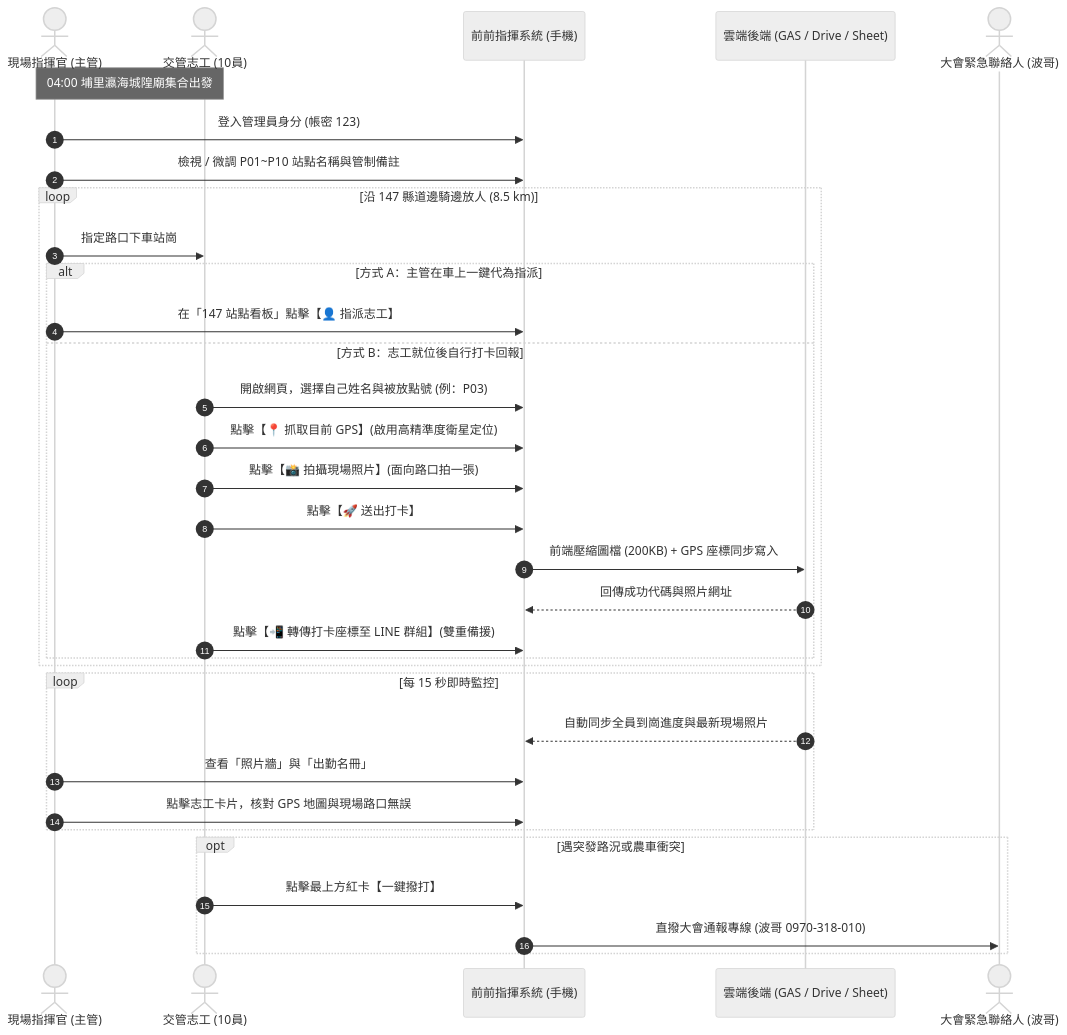
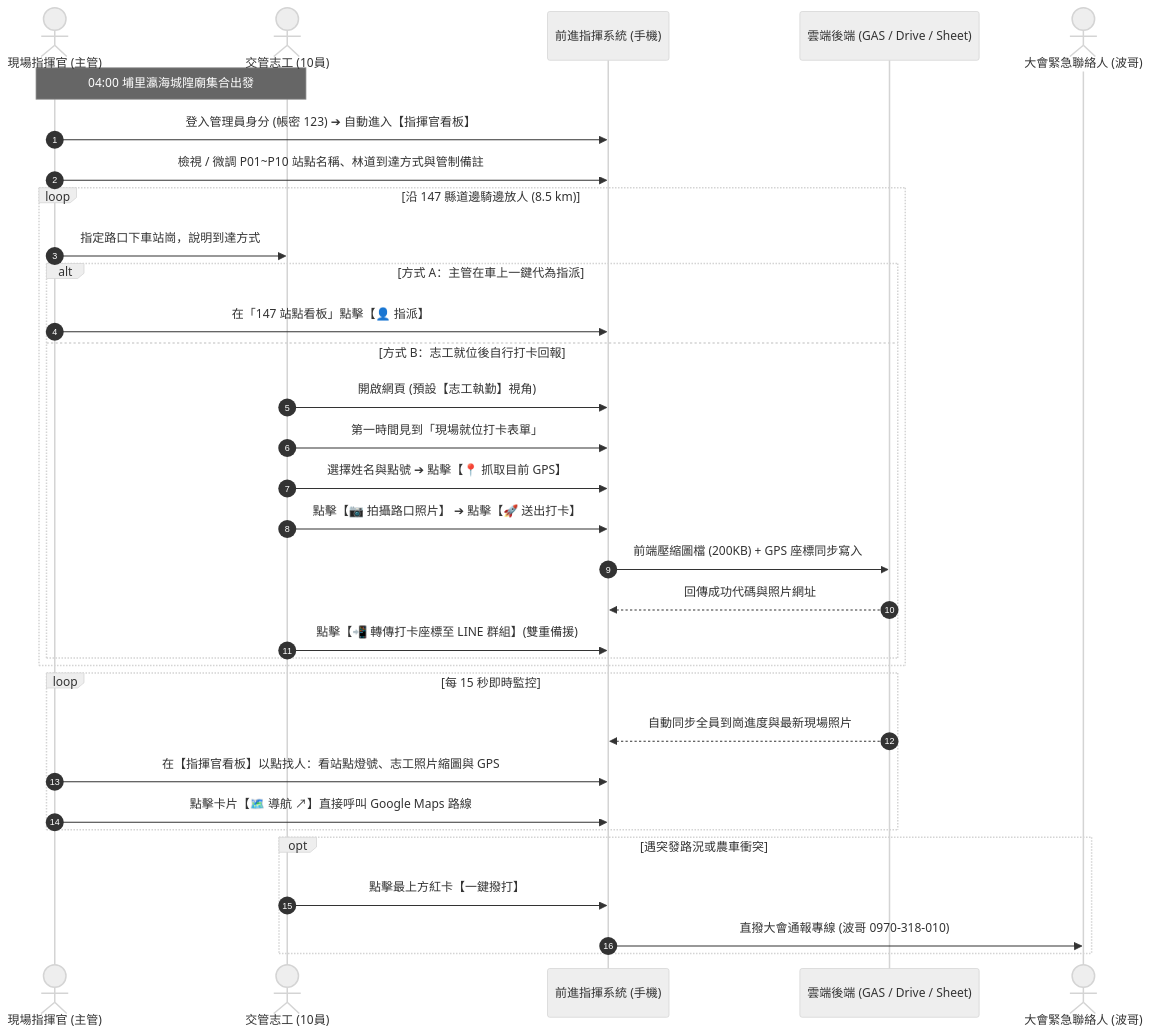
One commit to KalmanGoose/2026-tour-traffic changed the second of 2 diagrams in REPORT_FOR_SUPERVISOR.md. Above: the diagram before and after it, drawn with Mermaid (neutral theme). The commit also changed other lines of this file and 1 other file, not shown here.

Commit message:
feat(v1.5.0): implement dual-role view switcher (volunteer vs commander) and trail access route guidance

````diff
--- a/REPORT_FOR_SUPERVISOR.md
+++ b/REPORT_FOR_SUPERVISOR.md
@@ -103,39 +120,39 @@
 ```mermaid
 sequenceDiagram
     autonumber
     actor Admin as 現場指揮官 (主管)
     actor Volunteer as 交管志工 (10員)
-    participant Web as 前前指揮系統 (手機)
+    participant Web as 前進指揮系統 (手機)
     participant Cloud as 雲端後端 (GAS / Drive / Sheet)
     actor HQ as 大會緊急聯絡人 (波哥)
 
     Note over Admin,Volunteer: 04:00 埔里瀛海城隍廟集合出發
-    Admin->>Web: 登入管理員身分 (帳密 123)
-    Admin->>Web: 檢視 / 微調 P01~P10 站點名稱與管制備註
+    Admin->>Web: 登入管理員身分 (帳密 123) ➔ 自動進入【指揮官看板】
+    Admin->>Web: 檢視 / 微調 P01~P10 站點名稱、林道到達方式與管制備註
 
     loop 沿 147 縣道邊騎邊放人 (8.5 km)
-        Admin->>Volunteer: 指定路口下車站崗
+        Admin->>Volunteer: 指定路口下車站崗，說明到達方式
         alt 方式 A：主管在車上一鍵代為指派
-            Admin->>Web: 在「147 站點看板」點擊【👤 指派志工】
+            Admin->>Web: 在「147 站點看板」點擊【👤 指派】
         else 方式 B：志工就位後自行打卡回報
-            Volunteer->>Web: 開啟網頁，選擇自己姓名與被放點號 (例：P03)
-            Volunteer->>Web: 點擊【📍 抓取目前 GPS】(啟用高精準度衛星定位)
-            Volunteer->>Web: 點擊【📸 拍攝現場照片】(面向路口拍一張)
-            Volunteer->>Web: 點擊【🚀 送出打卡】
+            Volunteer->>Web: 開啟網頁 (預設【志工執勤】視角)
+            Volunteer->>Web: 第一時間見到「現場就位打卡表單」
+            Volunteer->>Web: 選擇姓名與點號 ➔ 點擊【📍 抓取目前 GPS】
+            Volunteer->>Web: 點擊【📷 拍攝路口照片】 ➔ 點擊【🚀 送出打卡】
             Web->>Cloud: 前端壓縮圖檔 (200KB) + GPS 座標同步寫入
             Cloud-->>Web: 回傳成功代碼與照片網址
             Volunteer->>Web: 點擊【📲 轉傳打卡座標至 LINE 群組】(雙重備援)
         end
     end
 
     loop 每 15 秒即時監控
         Cloud-->>Web: 自動同步全員到崗進度與最新現場照片
-        Admin->>Web: 查看「照片牆」與「出勤名冊」
-        Admin->>Web: 點擊志工卡片，核對 GPS 地圖與現場路口無誤
+        Admin->>Web: 在【指揮官看板】以點找人：看站點燈號、志工照片縮圖與 GPS
+        Admin->>Web: 點擊卡片【🗺️ 導航 ↗】直接呼叫 Google Maps 路線
     end
 
     opt 遇突發路況或農車衝突
         Volunteer->>Web: 點擊最上方紅卡【一鍵撥打】
         Web->>HQ: 直撥大會通報專線 (波哥 0970-318-010)
     end
 ```
````
